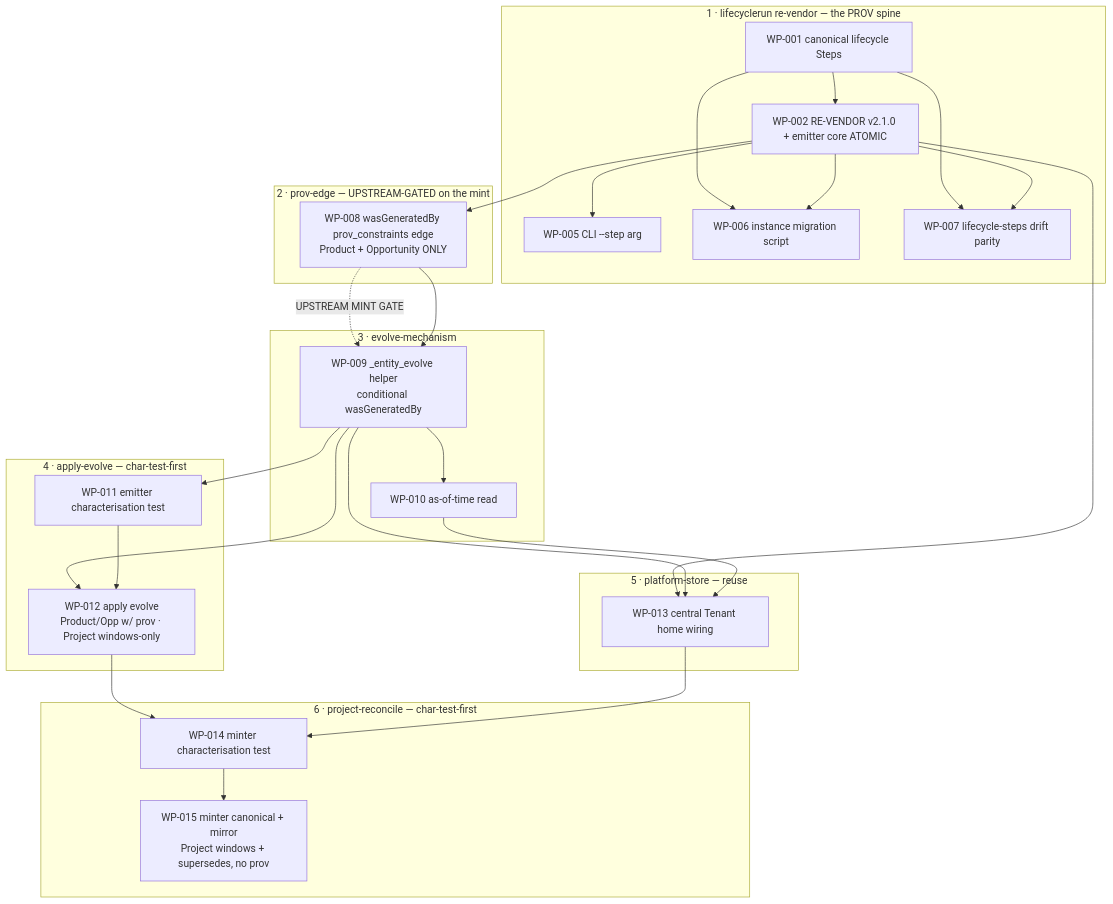
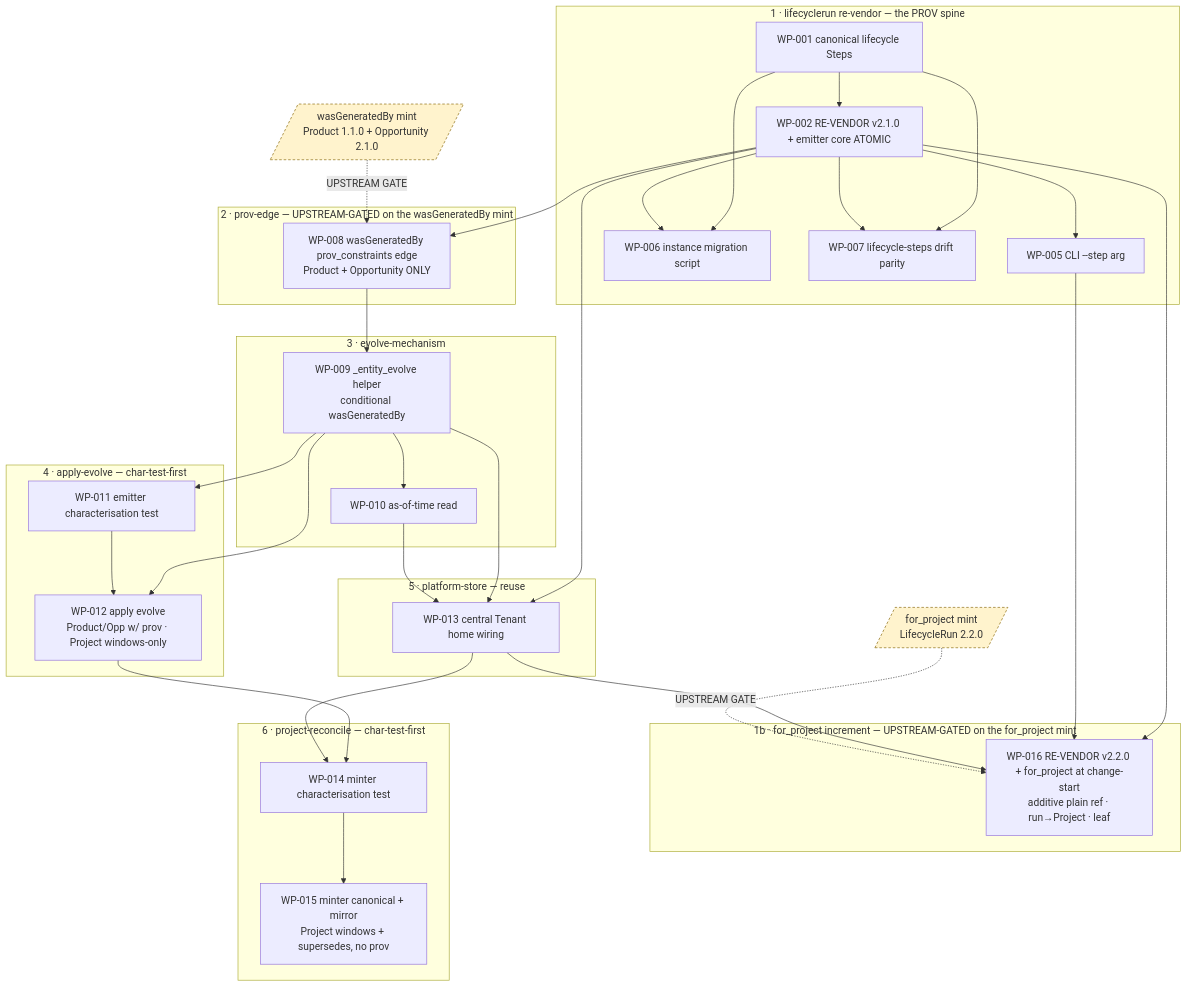
Before and after one commit to sulis-ai/agents: the diagram in .architecture/product-project-opportunity-evolution/work-packages/INDEX.md, drawn with Mermaid. The commit also changed other lines of this file and 10 other files, not shown here.

First line of the commit message:
design(for_project): fold in run->Project traceability edge

````diff
--- a/.architecture/product-project-opportunity-evolution/work-packages/INDEX.md
+++ b/.architecture/product-project-opportunity-evolution/work-packages/INDEX.md
@@ -110,48 +142,56 @@
 ```mermaid
 graph TD
   subgraph P1[1 · lifecyclerun re-vendor — the PROV spine]
     WP001[WP-001 canonical lifecycle Steps]
     WP002[WP-002 RE-VENDOR v2.1.0 + emitter core ATOMIC]
     WP005[WP-005 CLI --step arg]
     WP006[WP-006 instance migration script]
     WP007[WP-007 lifecycle-steps drift parity]
   end
-  subgraph P2[2 · prov-edge — UPSTREAM-GATED on the mint]
+  subgraph P1b[1b · for_project increment — UPSTREAM-GATED on the for_project mint]
+    WP016[WP-016 RE-VENDOR v2.2.0 + for_project at change-start<br/>additive plain ref · run→Project · leaf]
+  end
+  subgraph P2[2 · prov-edge — UPSTREAM-GATED on the wasGeneratedBy mint]
     WP008[WP-008 wasGeneratedBy prov_constraints edge<br/>Product + Opportunity ONLY]
   end
   subgraph P3[3 · evolve-mechanism]
     WP009[WP-009 _entity_evolve helper<br/>conditional wasGeneratedBy]
     WP010[WP-010 as-of-time read]
   end
   subgraph P4[4 · apply-evolve — char-test-first]
     WP011[WP-011 emitter characterisation test]
     WP012[WP-012 apply evolve<br/>Product/Opp w/ prov · Project windows-only]
   end
   subgraph P5[5 · platform-store — reuse]
     WP013[WP-013 central Tenant home wiring]
   end
   subgraph P6[6 · project-reconcile — char-test-first]
     WP014[WP-014 minter characterisation test]
     WP015[WP-015 minter canonical + mirror<br/>Project windows + supersedes, no prov]
   end
 
   WP001 --> WP002
   WP001 --> WP006
   WP001 --> WP007
   WP002 --> WP005
   WP002 --> WP006
   WP002 --> WP007
   WP002 --> WP008
   WP002 --> WP013
-  WP008 -. UPSTREAM MINT GATE .-> WP009
+  WP002 --> WP016
+  WP005 --> WP016
+  WP013 --> WP016
+  MINTFP[/for_project mint<br/>LifecycleRun 2.2.0/]:::gate -. UPSTREAM GATE .-> WP016
+  MINTWG[/wasGeneratedBy mint<br/>Product 1.1.0 + Opportunity 2.1.0/]:::gate -. UPSTREAM GATE .-> WP008
   WP008 --> WP009
   WP009 --> WP010
   WP009 --> WP011
   WP009 --> WP012
   WP009 --> WP013
   WP010 --> WP013
   WP011 --> WP012
   WP012 --> WP014
   WP013 --> WP014
   WP014 --> WP015
+  classDef gate fill:#fff3cd,stroke:#856404,stroke-dasharray:4 3;
 ```
````
